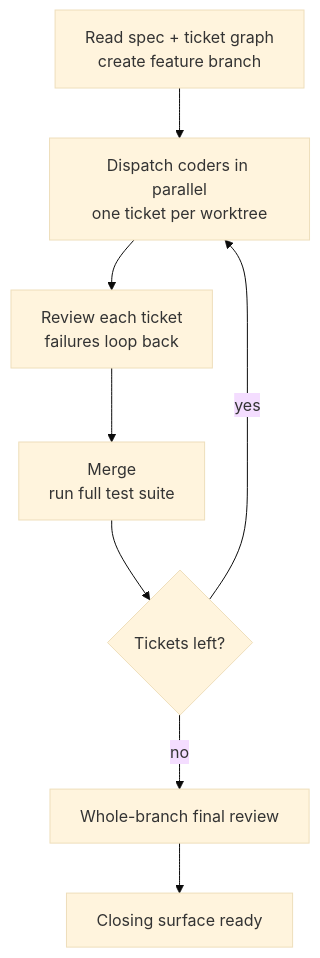
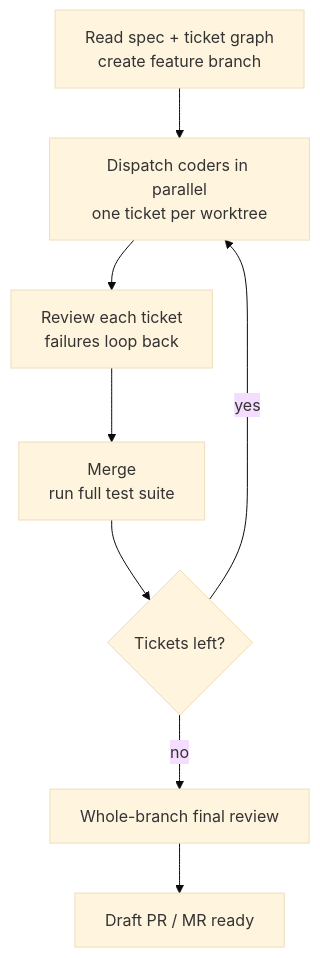
The diagram in README.md (toomanyopenfiles/pi-matt-implement-flow), drawn with Mermaid (base theme) before and after one commit. The commit also changed other lines of this file and 5 other files, not shown here.

````diff
--- a/README.md
+++ b/README.md
@@ -102,10 +111,10 @@
 ```mermaid
 flowchart TD
     A["Read spec + ticket graph<br>create feature branch"] --> B["Dispatch coders in parallel<br>one ticket per worktree"]
     B --> C["Review each ticket<br>failures loop back"]
     C --> D["Merge<br>run full test suite"]
     D --> E{"Tickets left?"}
     E -- yes --> B
     E -- no --> F["Whole-branch final review"]
-    F --> G["Closing surface ready"]
+    F --> G["Draft PR / MR ready"]
 ```
````
